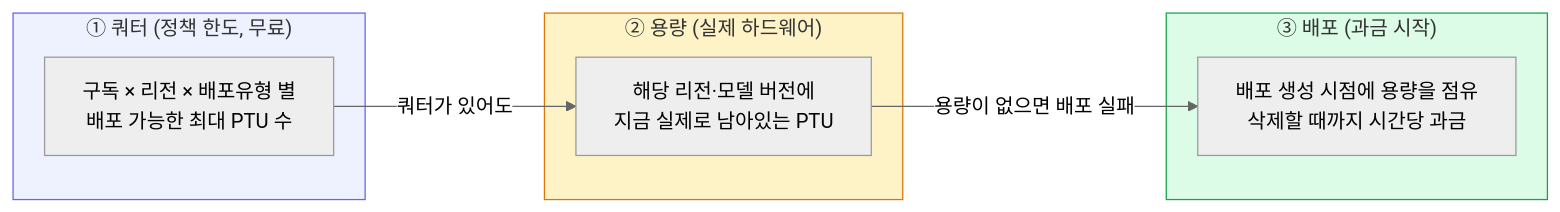
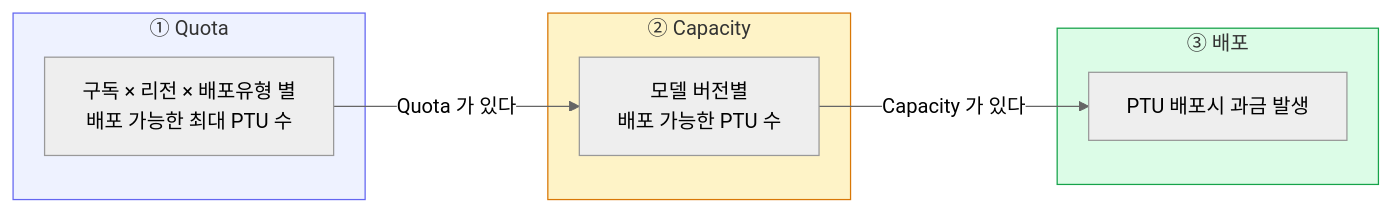
The first of 6 diagrams in README.md (ivorycloud1013/lab-azure-guide-foundry-ptu), drawn with Mermaid (neutral theme) before and after one commit. The commit also changed other lines of this file, not shown here.

First line of the commit message:
docs: 목차 재구성 및 PTU 절 내용 보완

````diff
--- a/README.md
+++ b/README.md
@@ -54,19 +45,19 @@
 ```mermaid
 flowchart LR
-    subgraph L1["① 쿼터 (정책 한도, 무료)"]
+    subgraph L1["① Quota"]
         Q["구독 × 리전 × 배포유형 별<br/>배포 가능한 최대 PTU 수"]
     end
-    subgraph L2["② 용량 (실제 하드웨어)"]
-        C["해당 리전·모델 버전에<br/>지금 실제로 남아있는 PTU"]
+    subgraph L2["② Capacity"]
+        C["모델 버전별<br/>배포 가능한 PTU 수"]
     end
-    subgraph L3["③ 배포 (과금 시작)"]
-        D["배포 생성 시점에 용량을 점유<br/>삭제할 때까지 시간당 과금"]
+    subgraph L3["③ 배포"]
+        D["PTU 배포시 과금 발생"]
     end
 
-    Q -->|"쿼터가 있어도"| C
-    C -->|"용량이 없으면 배포 실패"| D
+    Q -->|"Quota 가 있다"| C
+    C -->|"Capacity 가 있다"| D
 
     style L1 fill:#eef2ff,stroke:#6366f1
     style L2 fill:#fef3c7,stroke:#d97706
     style L3 fill:#dcfce7,stroke:#16a34a
 ```
````
